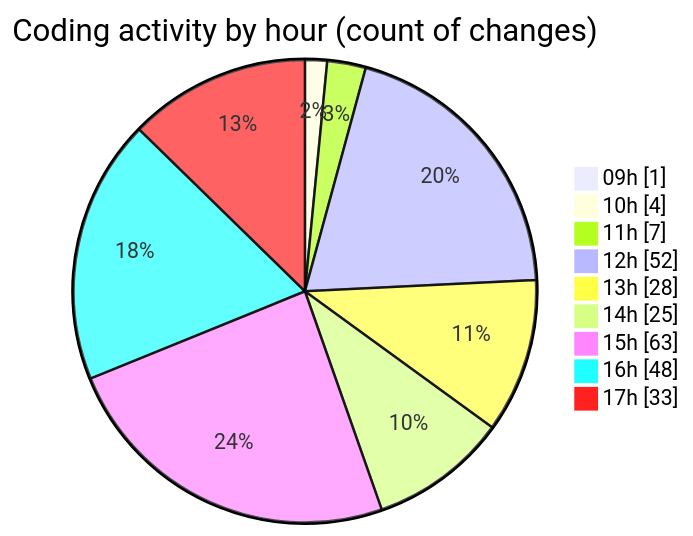
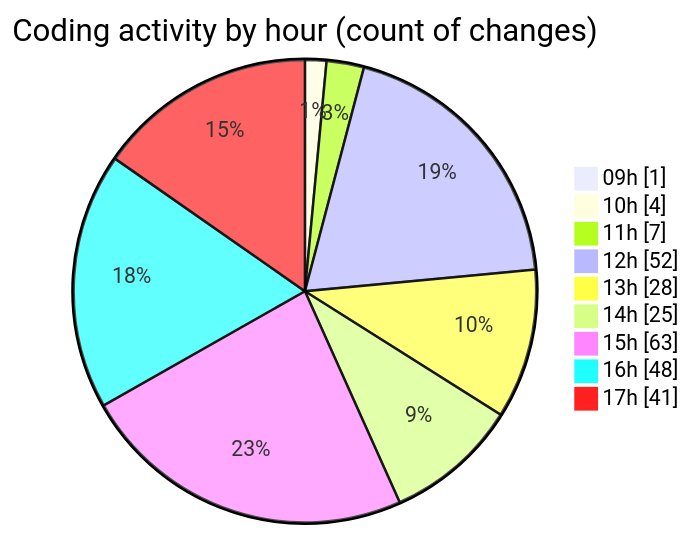
One commit to momahboobian/code-tracking changed the second of 2 diagrams in 2025-04-07/cda/README.md. Above: the diagram before and after it, drawn with Mermaid. The commit also changed other lines of this file and 1 other file, not shown here.

````diff
--- a/2025-04-07/cda/README.md
+++ b/2025-04-07/cda/README.md
@@ -42,13 +42,13 @@
 ```mermaid
 pie showData
 title Coding activity by hour (count of changes)
 "09h" : 1
 "10h" : 4
 "11h" : 7
 "12h" : 52
 "13h" : 28
 "14h" : 25
 "15h" : 63
 "16h" : 48
-"17h" : 33
+"17h" : 41
 ```
````
